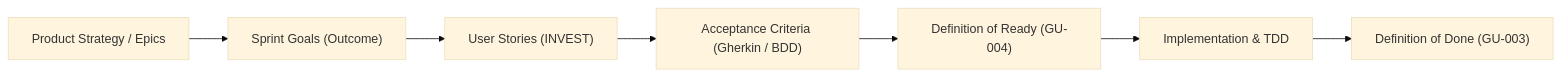
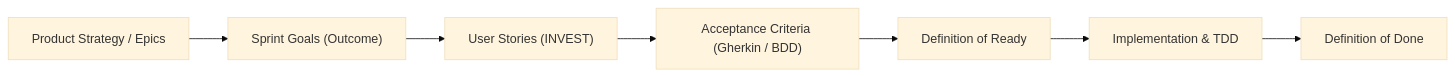
Before and after one commit to markbac/markbac.github.io: the first of 2 diagrams in content/guides/agile-requirements-and-user-stories.md, drawn with Mermaid (base theme). The commit also changed other lines of this file and 21 other files, not shown here.

First line of the commit message:
Handbook: move in technical-documentation's architecture handbook, and publish the section

````diff
--- a/content/guides/agile-requirements-and-user-stories.md
+++ b/content/guides/agile-requirements-and-user-stories.md
@@ -13,9 +13,9 @@
 ```mermaid
 flowchart LR
     A["Product Strategy / Epics"] --> B["Sprint Goals (Outcome)"]
     B --> C["User Stories (INVEST)"]
     C --> D["Acceptance Criteria (Gherkin / BDD)"]
-    D --> E["Definition of Ready (GU-004)"]
+    D --> E["Definition of Ready"]
     E --> F["Implementation & TDD"]
-    F --> G["Definition of Done (GU-003)"]
+    F --> G["Definition of Done"]
 ```
````
